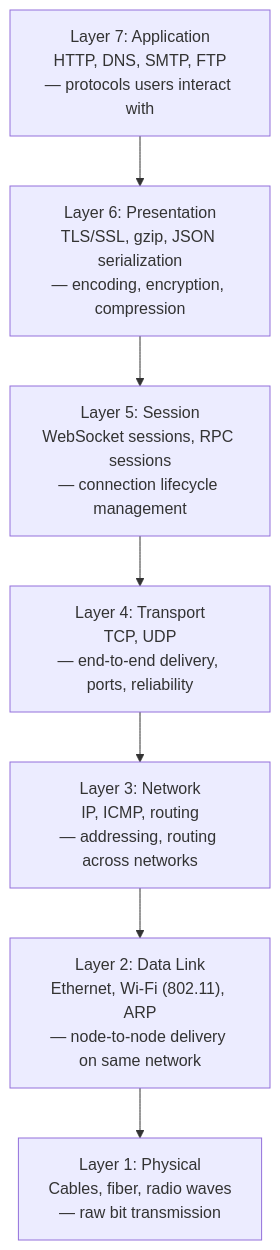
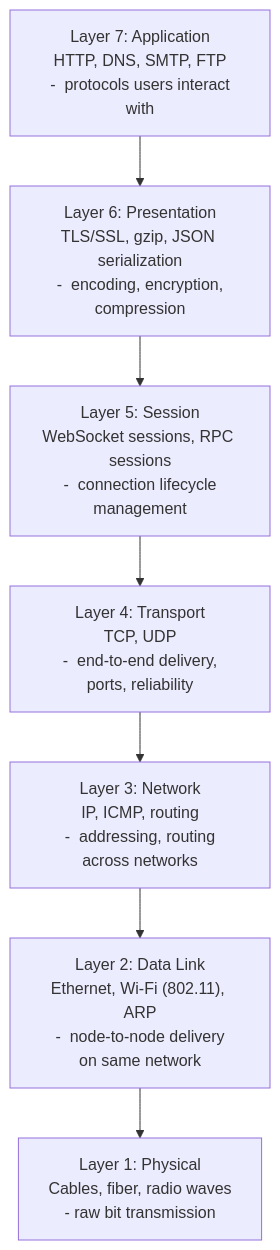
Before and after one commit to b-balakrishna/system-design: the first of 7 diagrams in phase-2-foundations/topic-6-osi-model-and-networking.md, drawn with Mermaid. The commit also changed other lines of this file and 165 other files, not shown here.

Commit message:
feat: add comprehensive system design documentation covering foundations, backend, frontend, distributed systems, and AI/ML architectures

````diff
--- a/phase-2-foundations/topic-6-osi-model-and-networking.md
+++ b/phase-2-foundations/topic-6-osi-model-and-networking.md
@@ -15,12 +15,12 @@
 ```mermaid
 flowchart TD
-    A7["Layer 7: Application\nHTTP, DNS, SMTP, FTP\n— protocols users interact with"]
-    A6["Layer 6: Presentation\nTLS/SSL, gzip, JSON serialization\n— encoding, encryption, compression"]
-    A5["Layer 5: Session\nWebSocket sessions, RPC sessions\n— connection lifecycle management"]
-    A4["Layer 4: Transport\nTCP, UDP\n— end-to-end delivery, ports, reliability"]
-    A3["Layer 3: Network\nIP, ICMP, routing\n— addressing, routing across networks"]
-    A2["Layer 2: Data Link\nEthernet, Wi-Fi (802.11), ARP\n— node-to-node delivery on same network"]
-    A1["Layer 1: Physical\nCables, fiber, radio waves\n— raw bit transmission"]
+    A7["Layer 7: Application\nHTTP, DNS, SMTP, FTP\n -  protocols users interact with"]
+    A6["Layer 6: Presentation\nTLS/SSL, gzip, JSON serialization\n -  encoding, encryption, compression"]
+    A5["Layer 5: Session\nWebSocket sessions, RPC sessions\n -  connection lifecycle management"]
+    A4["Layer 4: Transport\nTCP, UDP\n -  end-to-end delivery, ports, reliability"]
+    A3["Layer 3: Network\nIP, ICMP, routing\n -  addressing, routing across networks"]
+    A2["Layer 2: Data Link\nEthernet, Wi-Fi (802.11), ARP\n -  node-to-node delivery on same network"]
+    A1["Layer 1: Physical\nCables, fiber, radio waves\n -  raw bit transmission"]
 
     A7 --> A6 --> A5 --> A4 --> A3 --> A2 --> A1
 ```
````
